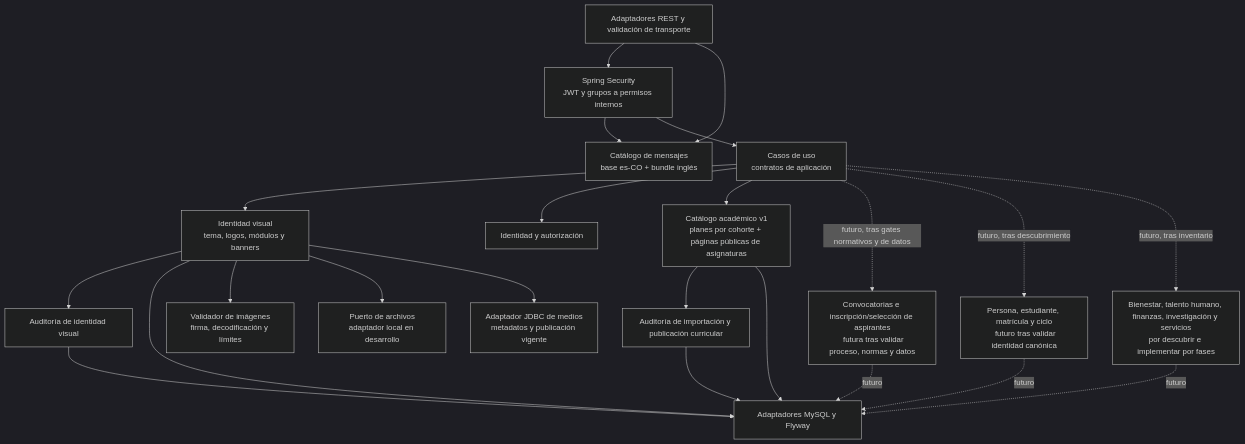
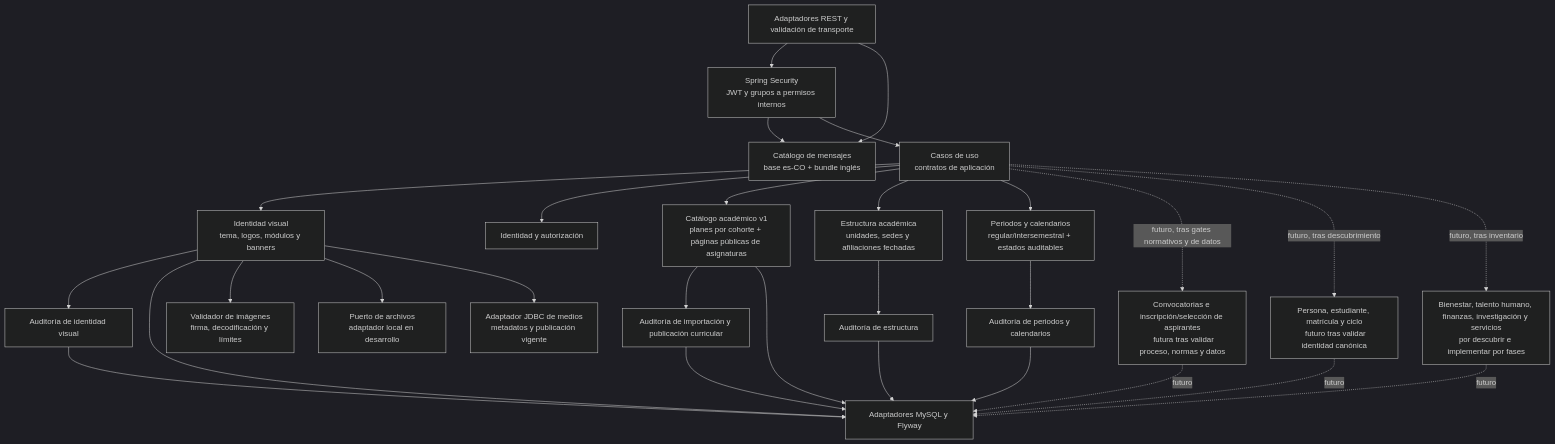
Before and after one commit to jdsalasca/open-university-backend: the third of 3 diagrams in docs/architecture/c4.md, drawn with Mermaid (dark theme). The commit also changed other lines of this file and 79 other files, not shown here.

Commit message:
feat: add academic periods and ordered structure

````diff
--- a/docs/architecture/c4.md
+++ b/docs/architecture/c4.md
@@ -62,44 +63,54 @@
 ```mermaid
 flowchart TB
   Web[Adaptadores REST y validación de transporte]
   Security[Spring Security\nJWT y grupos a permisos internos]
   I18n[Catálogo de mensajes\nbase es-CO + bundle inglés]
   UseCases[Casos de uso\ncontratos de aplicación]
   Branding[Identidad visual\ntema, logos, módulos y banners]
   Identity[Identidad y autorización]
   Admissions[Convocatorias e inscripción/selección de aspirantes
   futura tras validar proceso, normas y datos]
   Student[Persona, estudiante, matrícula y ciclo
   futuro tras validar identidad canónica]
   Academics[Catálogo académico v1\nplanes por cohorte + páginas públicas de asignaturas]
+  Structure[Estructura académica\nunidades, sedes y afiliaciones fechadas]
+  Periods[Periodos y calendarios\nregular/intersemestral + estados auditables]
   Other[Bienestar, talento humano, finanzas, investigación y servicios\npor descubrir e implementar por fases]
   BrandingAudit[Auditoría de identidad visual]
   AcademicAudit[Auditoría de importación y publicación curricular]
+  StructureAudit[Auditoría de estructura]
+  PeriodAudit[Auditoría de periodos y calendarios]
   Persistence[Adaptadores MySQL y Flyway]
   MediaValidation[Validador de imágenes\nfirma, decodificación y límites]
   AssetStorage[Puerto de archivos\nadaptador local en desarrollo]
   AssetRepository[Adaptador JDBC de medios\nmetadatos y publicación vigente]
 
   Web --> Security
   Web --> I18n
   Security --> I18n
   Security --> UseCases
   UseCases --> Branding
   UseCases --> Identity
   UseCases --> Academics
+  UseCases --> Structure
+  UseCases --> Periods
   UseCases -. futuro, tras gates normativos y de datos .-> Admissions
   UseCases -. futuro, tras descubrimiento .-> Student
   UseCases -. futuro, tras inventario .-> Other
   Branding --> BrandingAudit
   BrandingAudit --> Persistence
   Academics --> AcademicAudit
   AcademicAudit --> Persistence
+  Structure --> StructureAudit
+  StructureAudit --> Persistence
+  Periods --> PeriodAudit
+  PeriodAudit --> Persistence
   Branding --> Persistence
   Branding --> MediaValidation
   Branding --> AssetStorage
   Branding --> AssetRepository
   Academics --> Persistence
   Admissions -. futuro .-> Persistence
   Student -. futuro .-> Persistence
   Other -. futuro .-> Persistence
 ```
````
